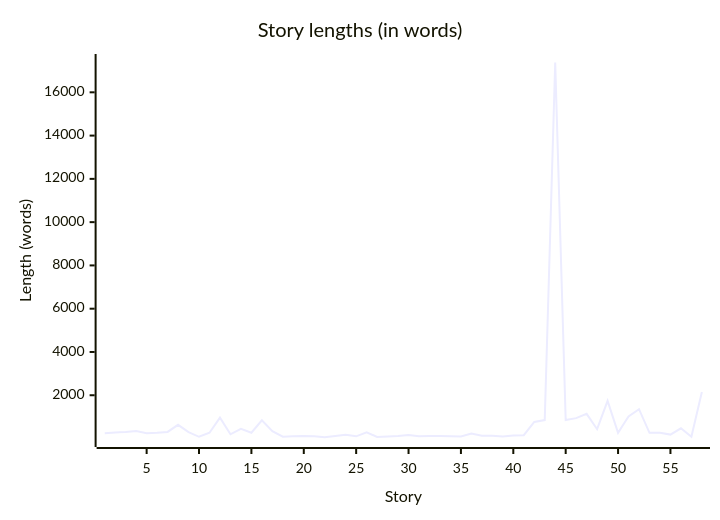
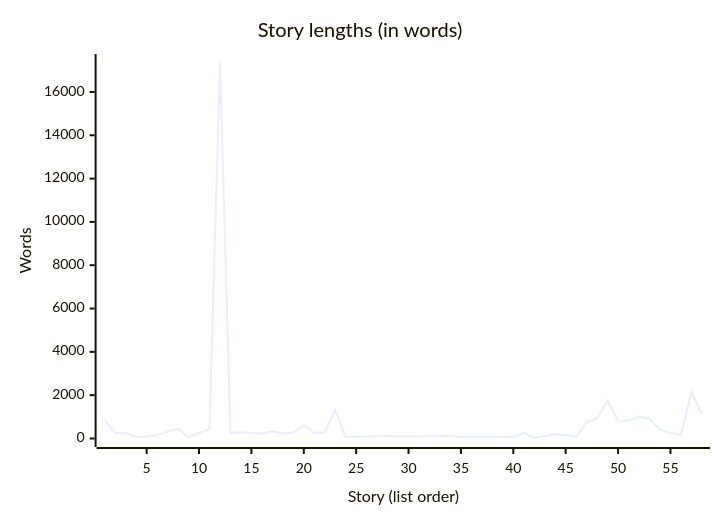
One commit to g-ongenae/blog changed the second of 2 diagrams in content/tell/_index.md. Above: the diagram before and after it, drawn with Mermaid. The commit also changed other lines of this file and 330 other files, not shown here.

````diff
--- a/content/tell/_index.md
+++ b/content/tell/_index.md
@@ -268,7 +312,7 @@
 ```mermaid
 xychart-beta
   title "Story lengths (in words)"
-  x-axis "Story" 1 --> 58
-  y-axis "Length (words)" 1 --> 17378
-  line [243, 281, 303, 348, 246, 270, 306, 633, 298, 80, 267, 963, 195, 450, 267, 842, 341, 83, 102, 116, 107, 57, 118, 170, 101, 285, 73, 99, 121, 163, 100, 115, 119, 103, 92, 231, 133, 132, 89, 138, 155, 767, 851, 17378, 857, 942, 1140, 431, 1741, 264, 1023, 1356, 265, 269, 181, 473, 83, 2154]
+  x-axis "Story (list order)" 1 --> 58
+  y-axis "Words" 0 --> 17360
+  line [831, 247, 251, 69, 84, 161, 317, 459, 69, 250, 436, 17360, 261, 290, 249, 227, 330, 228, 280, 615, 254, 285, 1332, 64, 95, 77, 111, 132, 97, 94, 95, 99, 109, 141, 70, 78, 79, 78, 68, 51, 263, 35, 115, 207, 145, 84, 751, 947, 1727, 829, 824, 1009, 922, 409, 251, 181, 2134, 1124]
 ```
````
